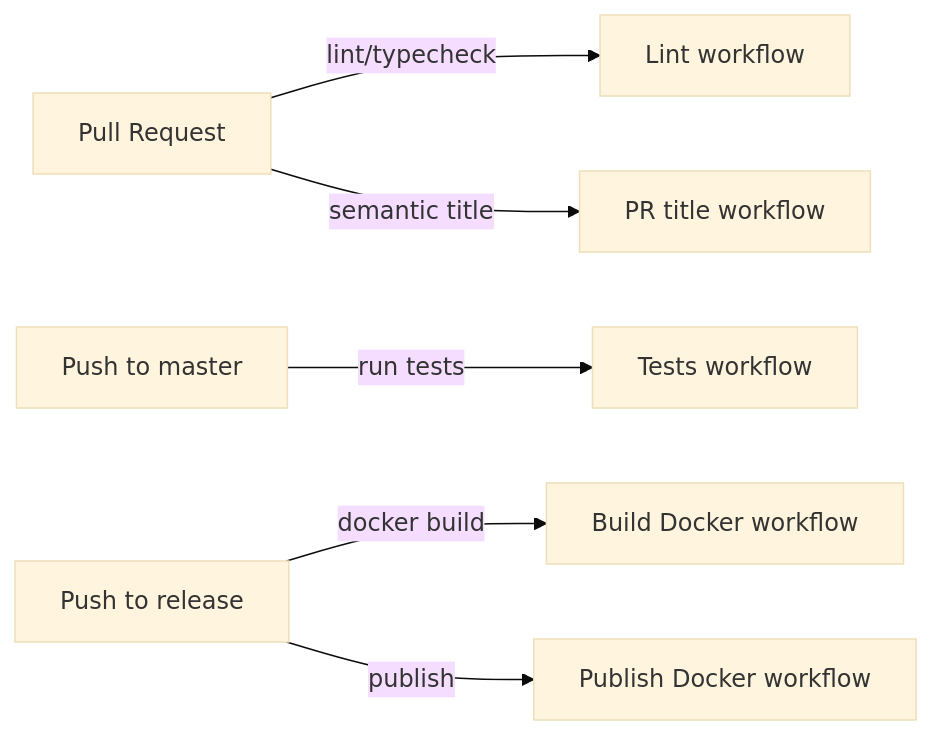
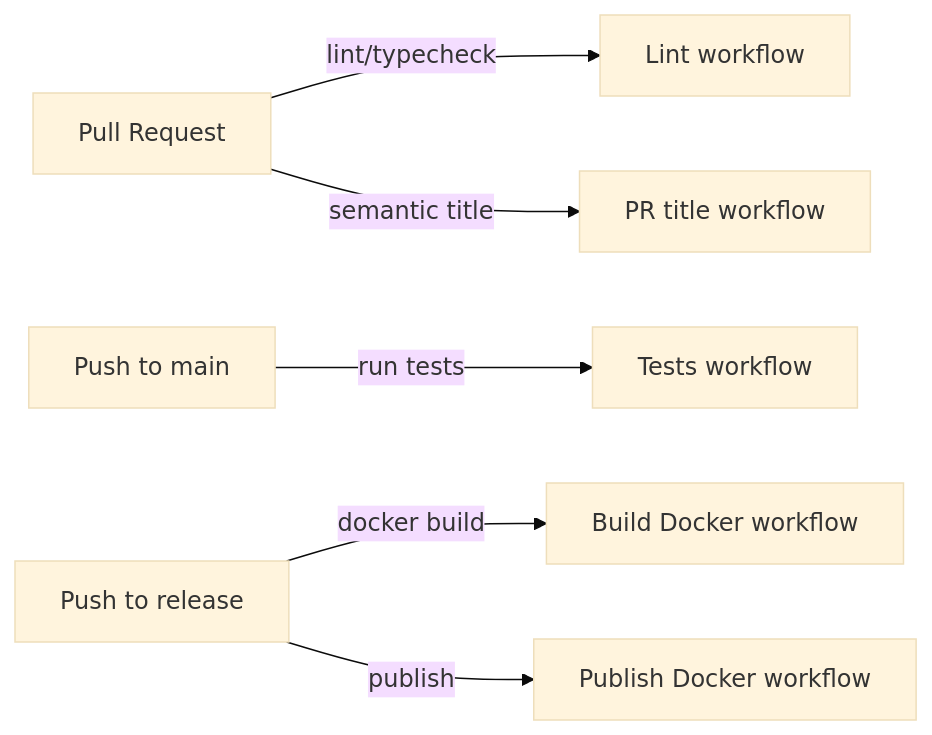
One commit to koldovsky/is-01-docs changed the second of 3 diagrams in docs/04-workflows.md. Above: the diagram before and after it, drawn with Mermaid (base theme). The commit also changed other lines of this file and 1 other file, not shown here.

````diff
--- a/docs/04-workflows.md
+++ b/docs/04-workflows.md
@@ -50,8 +50,8 @@
 ```mermaid
 flowchart LR
   PR[Pull Request] -->|lint/typecheck| Lint[Lint workflow]
   PR -->|semantic title| Semantic[PR title workflow]
-  Master[Push to master] -->|run tests| Test[Tests workflow]
+  Main[Push to main] -->|run tests| Test[Tests workflow]
   Release[Push to release] -->|docker build| DockerBuild[Build Docker workflow]
   Release -->|publish| Publish[Publish Docker workflow]
 ```
````
